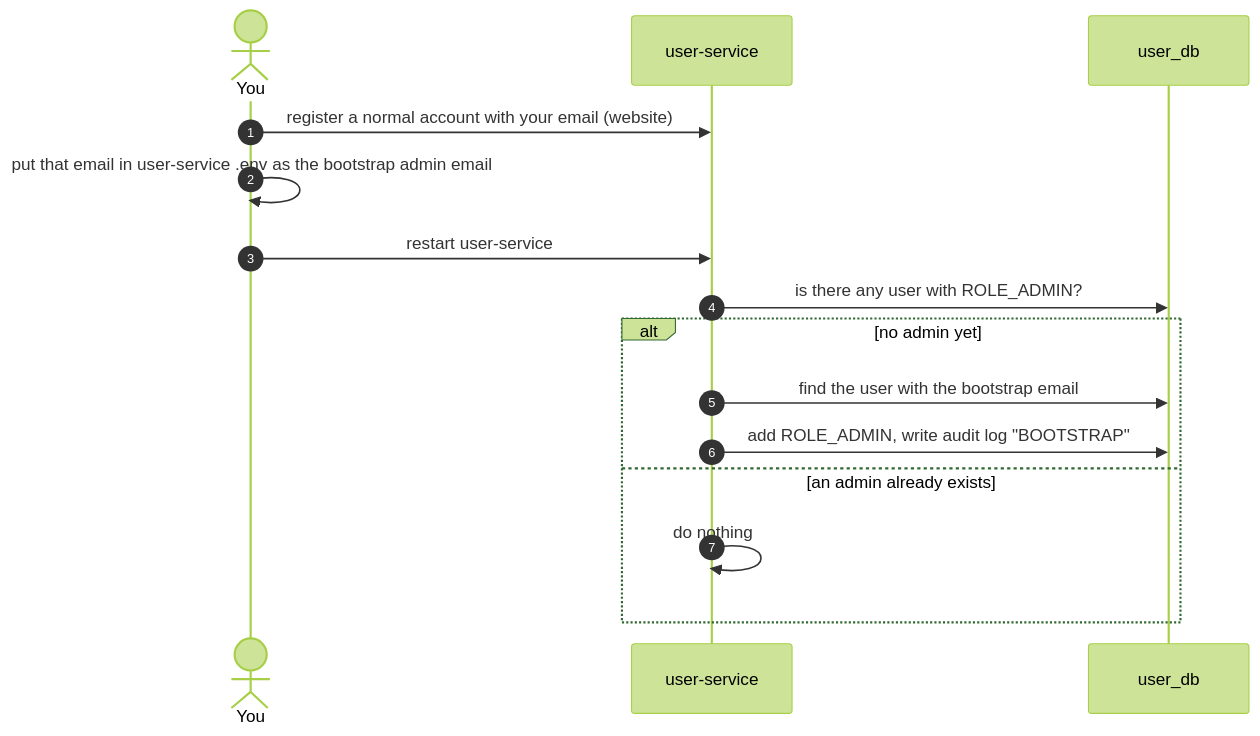
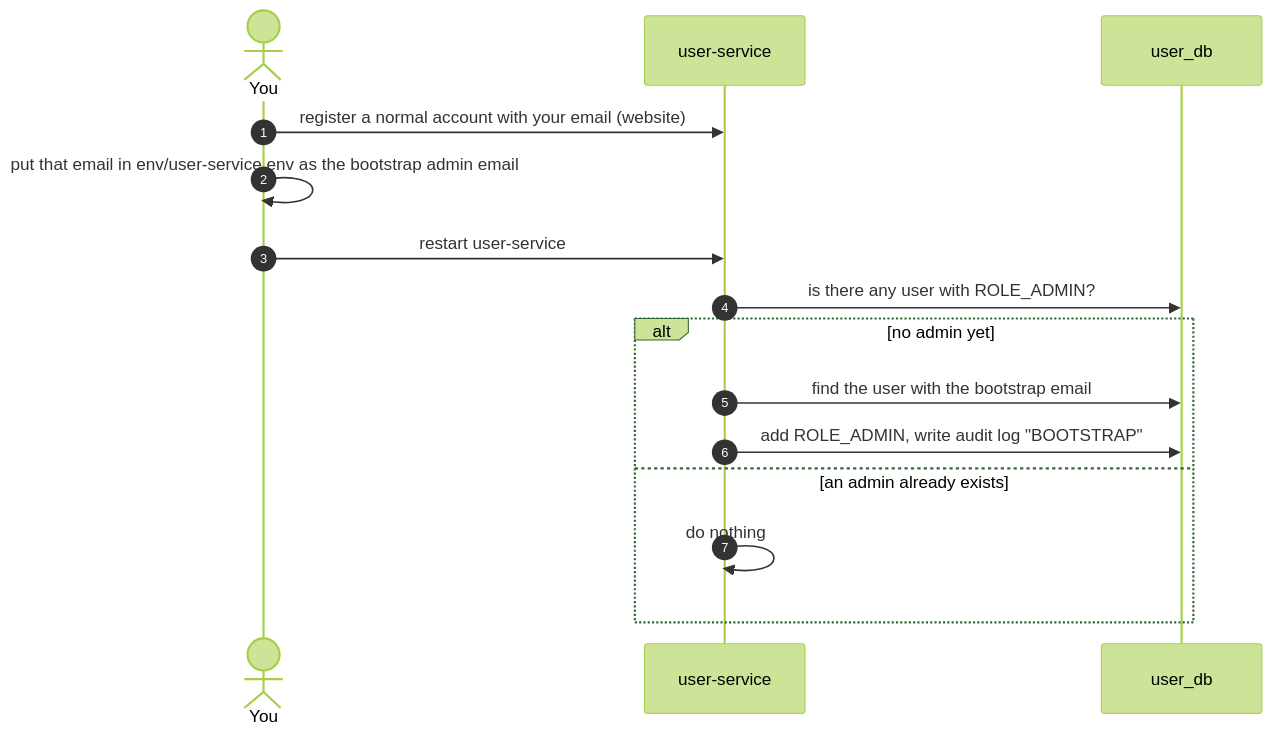
The first of 3 diagrams in docs/mvp/06-dynamic/admin-users.md (MotoXpress-wicky/infrastructure), drawn with Mermaid (forest theme) before and after one commit. The commit also changed 17 other files, not shown here.

````diff
--- a/docs/mvp/06-dynamic/admin-users.md
+++ b/docs/mvp/06-dynamic/admin-users.md
@@ -7,18 +7,18 @@
 ```mermaid
 sequenceDiagram
     autonumber
     actor Y as You
     participant U as user-service
     participant DB as user_db
 
     Y->>U: register a normal account with your email (website)
-    Y->>Y: put that email in user-service .env as the bootstrap admin email
+    Y->>Y: put that email in env/user-service.env as the bootstrap admin email
     Y->>U: restart user-service
     U->>DB: is there any user with ROLE_ADMIN?
     alt no admin yet
         U->>DB: find the user with the bootstrap email
         U->>DB: add ROLE_ADMIN, write audit log "BOOTSTRAP"
     else an admin already exists
         U->>U: do nothing
     end
 ```
````
